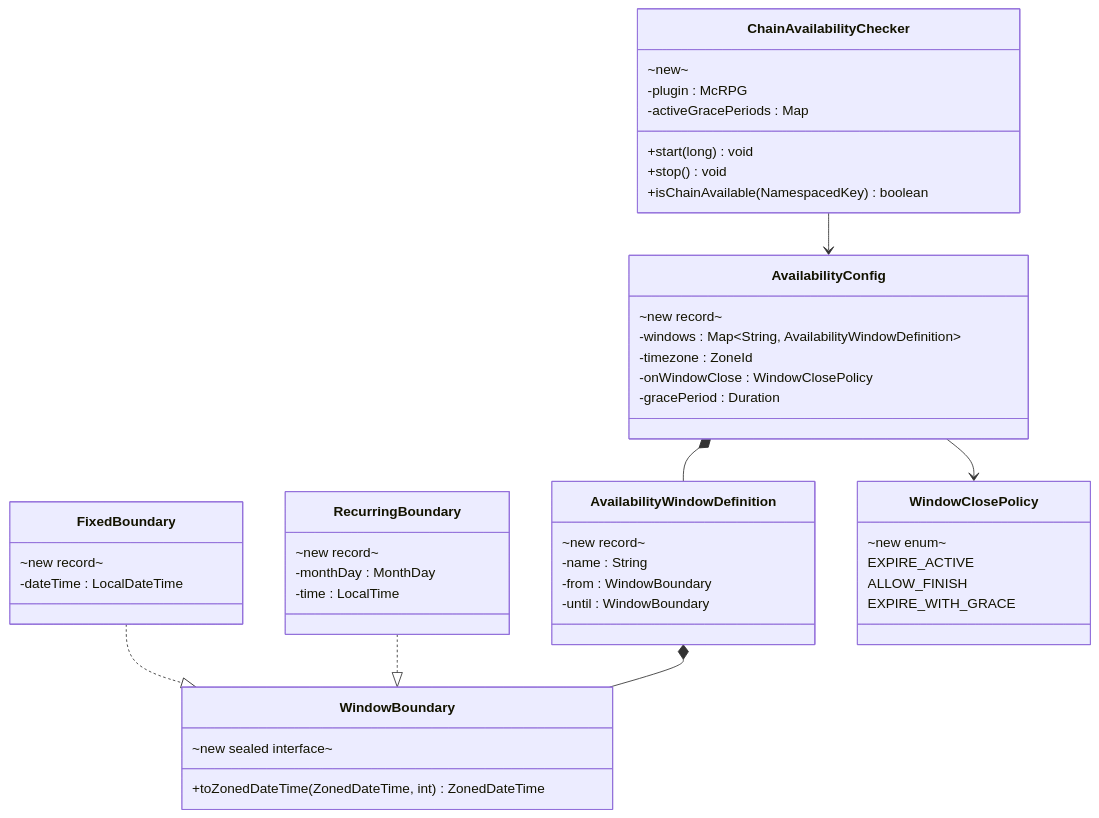
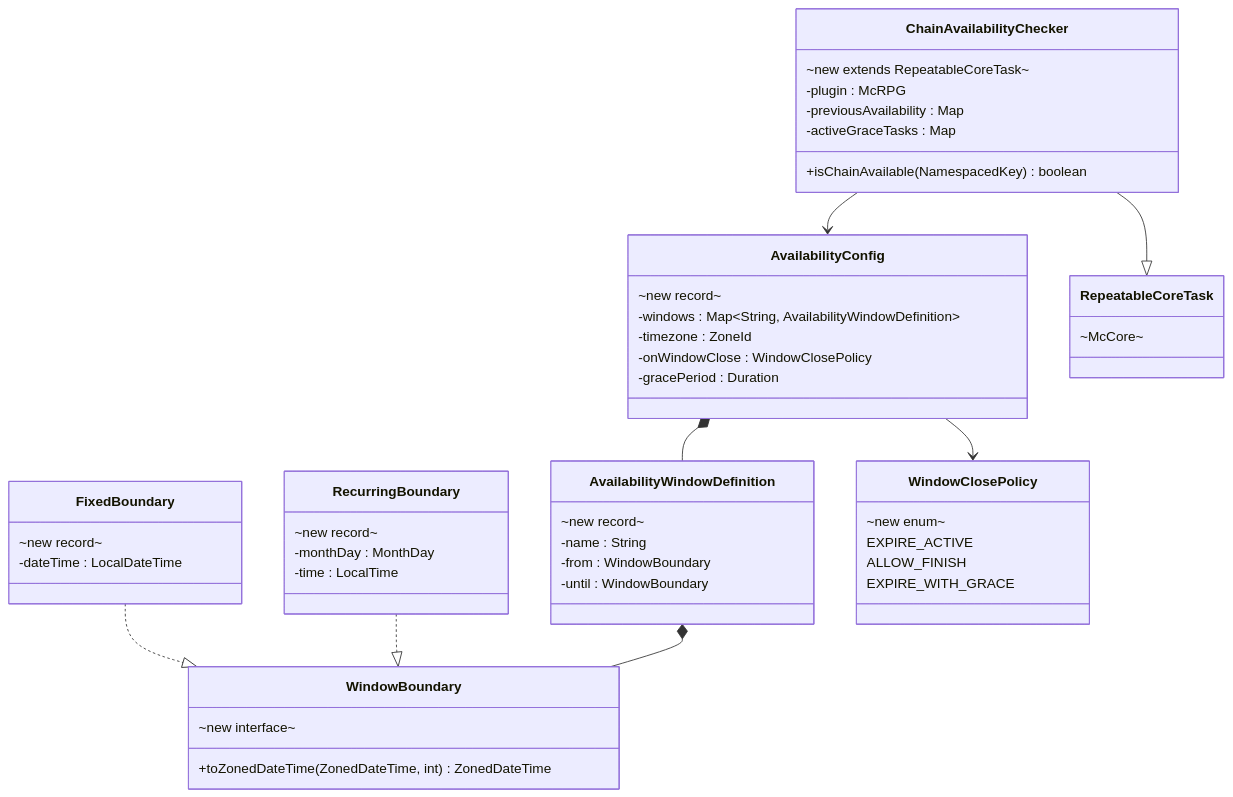
One commit to DiamondDagger590/McRPG changed the second of 3 diagrams in docs/lld/tutorial-quest-system/phase-4-chain-system-backlog.md. Above: the diagram before and after it, drawn with Mermaid. The commit also changed other lines of this file and 2 other files, not shown here.

````diff
--- a/docs/lld/tutorial-quest-system/phase-4-chain-system-backlog.md
+++ b/docs/lld/tutorial-quest-system/phase-4-chain-system-backlog.md
@@ -671,58 +671,62 @@
 ```mermaid
 classDiagram
     direction TB
 
     class WindowBoundary {
-        ~new sealed interface~
+        ~new interface~
         +toZonedDateTime(ZonedDateTime, int) ZonedDateTime
     }
 
     class FixedBoundary {
         ~new record~
         -dateTime : LocalDateTime
     }
 
     class RecurringBoundary {
         ~new record~
         -monthDay : MonthDay
         -time : LocalTime
     }
 
     class AvailabilityWindowDefinition {
         ~new record~
         -name : String
         -from : WindowBoundary
         -until : WindowBoundary
     }
 
     class AvailabilityConfig {
         ~new record~
         -windows : Map~String, AvailabilityWindowDefinition~
         -timezone : ZoneId
         -onWindowClose : WindowClosePolicy
         -gracePeriod : Duration
     }
 
     class WindowClosePolicy {
         ~new enum~
         EXPIRE_ACTIVE
         ALLOW_FINISH
         EXPIRE_WITH_GRACE
     }
 
+    class RepeatableCoreTask {
+        ~McCore~
+    }
+
     class ChainAvailabilityChecker {
-        ~new~
+        ~new extends RepeatableCoreTask~
         -plugin : McRPG
-        -activeGracePeriods : Map
-        +start(long) void
-        +stop() void
+        -previousAvailability : Map
+        -activeGraceTasks : Map
         +isChainAvailable(NamespacedKey) boolean
     }
 
     FixedBoundary ..|> WindowBoundary
     RecurringBoundary ..|> WindowBoundary
     AvailabilityWindowDefinition *-- WindowBoundary
     AvailabilityConfig *-- AvailabilityWindowDefinition
     AvailabilityConfig --> WindowClosePolicy
     ChainAvailabilityChecker --> AvailabilityConfig
+    ChainAvailabilityChecker --|> RepeatableCoreTask
 ```
````
